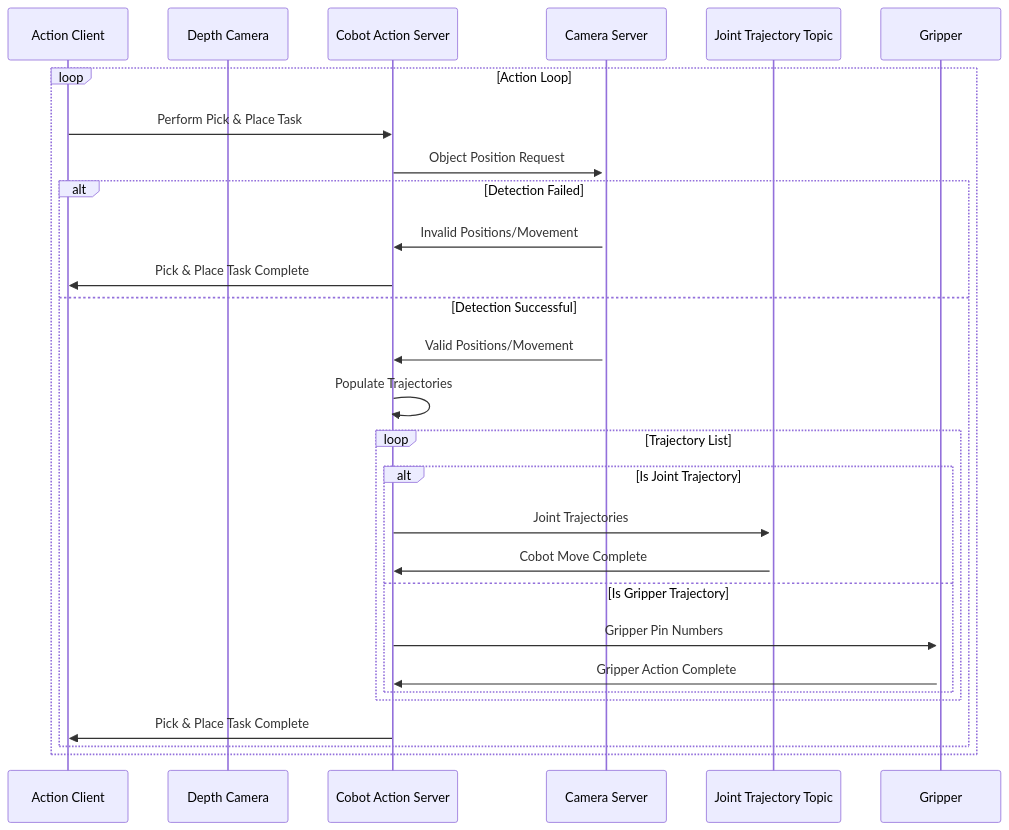
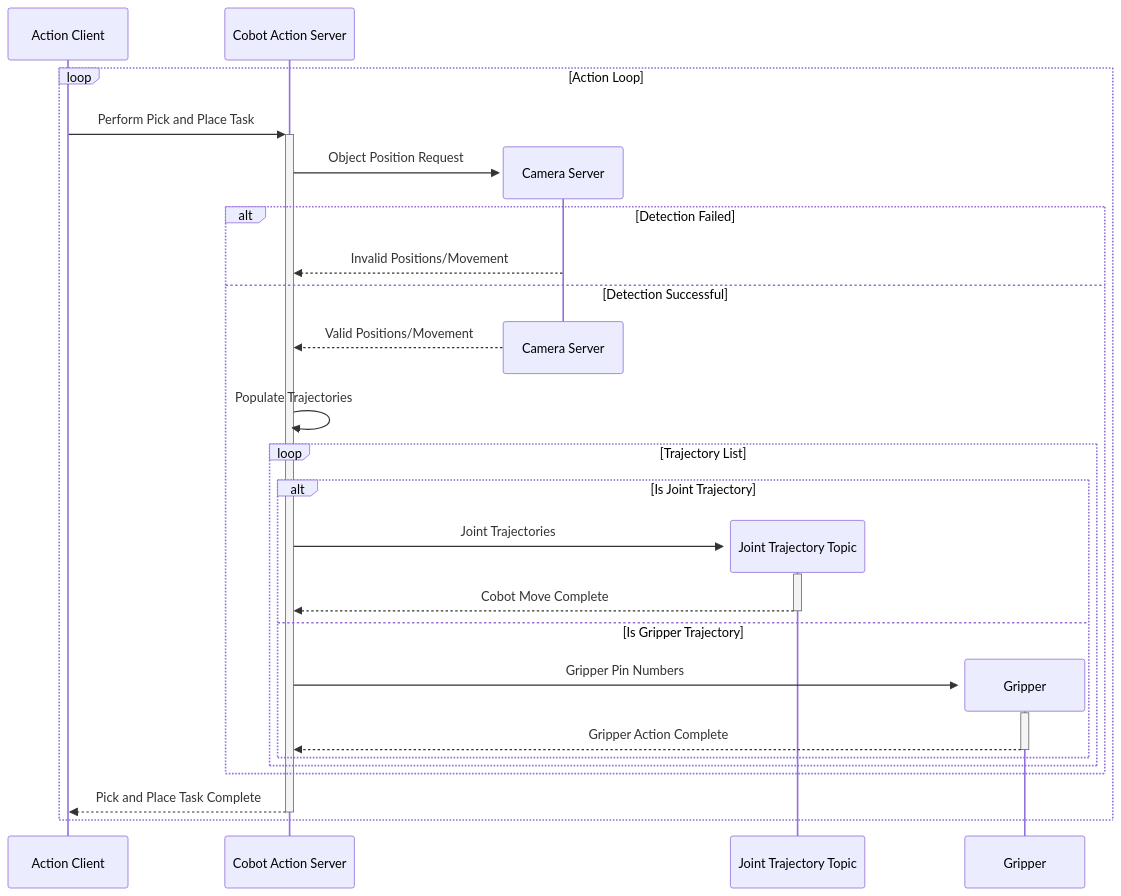
The fourth of 4 diagrams in assessments/sepa/design.md (kanbanyte/sepb), drawn with Mermaid before and after one commit. The commit also changed other lines of this file and 1 other file, not shown here.

````diff
--- a/assessments/sepa/design.md
+++ b/assessments/sepa/design.md
@@ -254,31 +252,30 @@
 ```mermaid
 sequenceDiagram
 	participant Client as Action Client
-	participant Camera as Depth Camera
-	participant CobotActionServer as Cobot Action Server
-	participant CameraServer as Camera Server
-	participant Cobot as Joint Trajectory Topic
-    participant Gripper as Gripper
+	participant Action as Cobot Action Server
 
 	loop Action Loop
-	    Client->>CobotActionServer: Perform Pick & Place Task
-		CobotActionServer->>+CameraServer: Object Position Request
+		Client ->>+ Action : Perform Pick and Place Task
+		create participant Camera as Camera Server
+		Action ->> Camera : Object Position Request
 		alt Detection Failed
-			CameraServer->>CobotActionServer: Invalid Positions/Movement
-			CobotActionServer->>Client: Pick & Place Task Complete
+			Camera -->> Action : Invalid Positions/Movement
 		else Detection Successful
-			CameraServer->>CobotActionServer: Valid Positions/Movement
-            CobotActionServer->>CobotActionServer: Populate Trajectories
-            loop Trajectory List
-                alt Is Joint Trajectory
-                    CobotActionServer->>+Cobot: Joint Trajectories
-                    Cobot->>CobotActionServer: Cobot Move Complete
-                else Is Gripper Trajectory
-                    CobotActionServer->>+Gripper: Gripper Pin Numbers
-                    Gripper->>CobotActionServer: Gripper Action Complete
-                end
-            end
-			CobotActionServer->>Client: Pick & Place Task Complete
+			destroy Camera
+			Camera -->> Action : Valid Positions/Movement
+			Action ->> Action : Populate Trajectories
+			loop Trajectory List
+				alt Is Joint Trajectory
+					create participant Cobot as Joint Trajectory Topic
+					Action ->>+ Cobot : Joint Trajectories
+					Cobot -->>- Action : Cobot Move Complete
+				else Is Gripper Trajectory
+					create participant Gripper as Gripper
+					Action ->>+ Gripper : Gripper Pin Numbers
+					Gripper -->>- Action : Gripper Action Complete
+				end
+			end
 		end
+		Action -->>- Client : Pick and Place Task Complete
 	end
 ```
````
